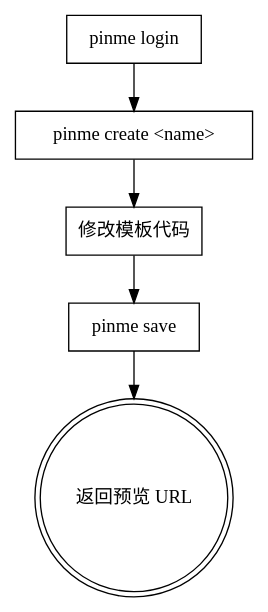
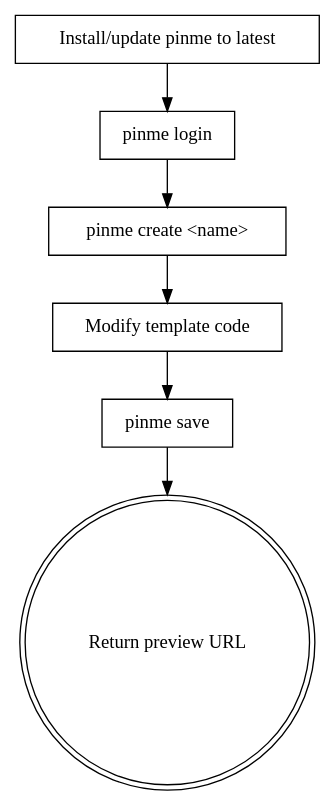
The third of 3 diagrams in skills/pinme/SKILL.md (glitternetwork/pinme), drawn with Graphviz before and after one commit. The commit also changed other lines of this file and 1 other file, not shown here.

````diff
--- a/skills/pinme/SKILL.md
+++ b/skills/pinme/SKILL.md
@@ -84,14 +85,16 @@
 ```dot
 digraph fullstack_flow {
+    "Install/update pinme to latest" [shape=box];
     "pinme login" [shape=box];
     "pinme create <name>" [shape=box];
-    "修改模板代码" [shape=box];
+    "Modify template code" [shape=box];
     "pinme save" [shape=box];
-    "返回预览 URL" [shape=doublecircle];
+    "Return preview URL" [shape=doublecircle];
 
+    "Install/update pinme to latest" -> "pinme login";
     "pinme login" -> "pinme create <name>";
-    "pinme create <name>" -> "修改模板代码";
-    "修改模板代码" -> "pinme save";
-    "pinme save" -> "返回预览 URL";
+    "pinme create <name>" -> "Modify template code";
+    "Modify template code" -> "pinme save";
+    "pinme save" -> "Return preview URL";
 }
 ```
````
